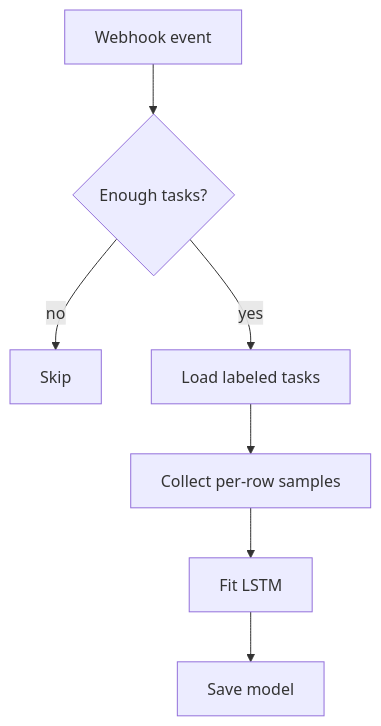
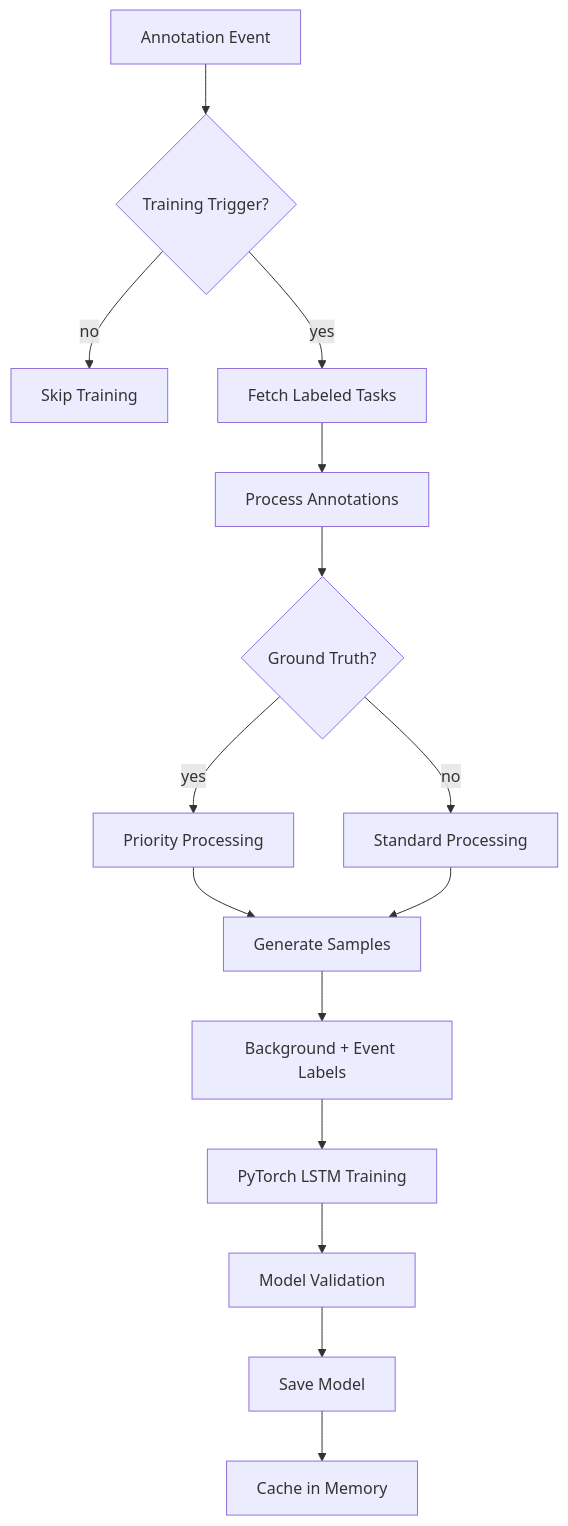
The first of 2 diagrams in label_studio_ml/examples/timeseries_segmenter/README.md (HumanSignal/label-studio-ml-backend), drawn with Mermaid before and after one commit. The commit also changed other lines of this file and 2 other files, not shown here.

````diff
--- a/label_studio_ml/examples/timeseries_segmenter/README.md
+++ b/label_studio_ml/examples/timeseries_segmenter/README.md
@@ -79,9 +116,17 @@
 ```mermaid
 flowchart TD
-  A[Webhook event] --> B{Enough tasks?}
-  B -- no --> C[Skip]
-  B -- yes --> D[Load labeled tasks]
-  D --> E[Collect per-row samples]
-  E --> F[Fit LSTM]
-  F --> G[Save model]
+  A[Annotation Event] --> B{Training Trigger?}
+  B -- no --> C[Skip Training]
+  B -- yes --> D[Fetch Labeled Tasks]
+  D --> E[Process Annotations]
+  E --> F{Ground Truth?}
+  F -- yes --> G[Priority Processing]
+  F -- no --> H[Standard Processing]
+  G --> I[Generate Samples]
+  H --> I
+  I --> J[Background + Event Labels]
+  J --> K[PyTorch LSTM Training]
+  K --> L[Model Validation]
+  L --> M[Save Model]
+  M --> N[Cache in Memory]
 ```
````
